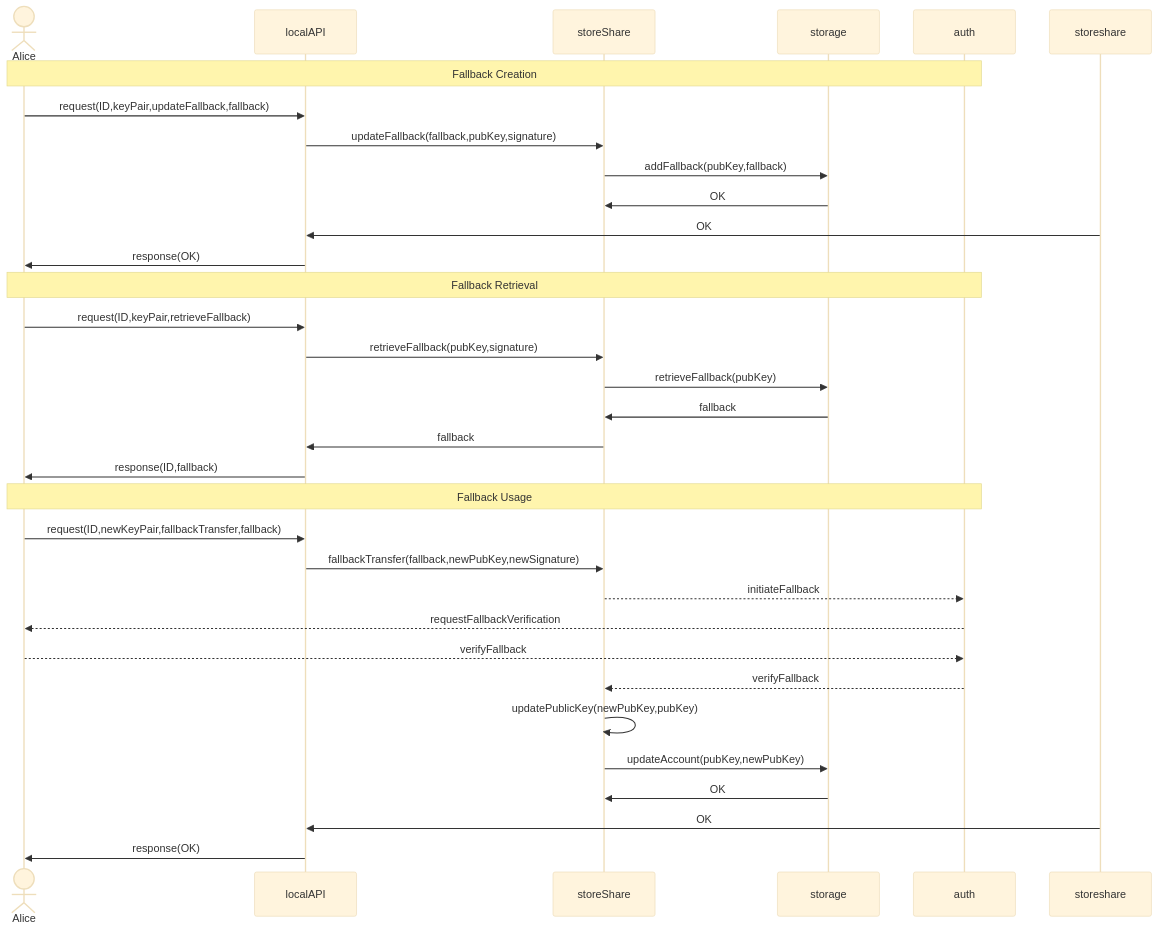
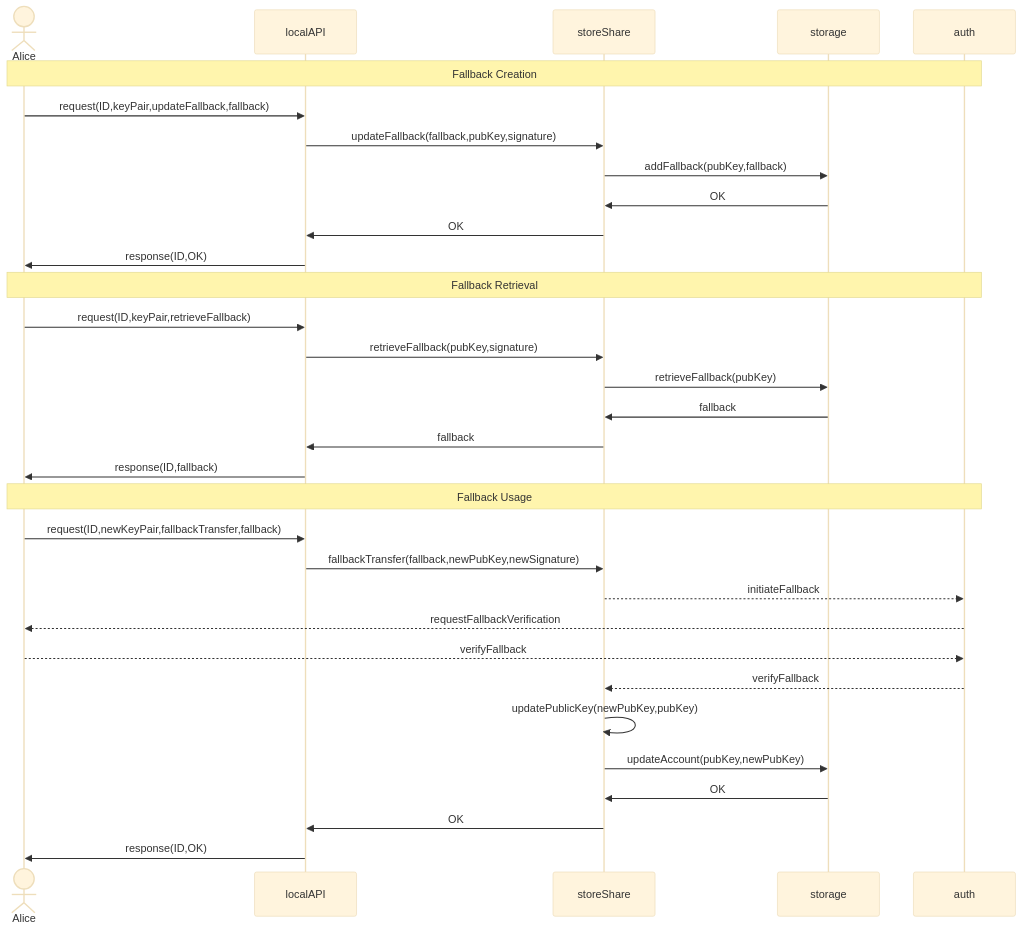
Before and after one commit to BlockchainCommons/Gordian: the second of 5 diagrams in Docs/CSR-SequenceDiagram.md, drawn with Mermaid (base theme). The commit also changed other lines of this file, not shown here.

````diff
--- a/Docs/CSR-SequenceDiagram.md
+++ b/Docs/CSR-SequenceDiagram.md
@@ -42,37 +42,37 @@
 ```mermaid
 sequenceDiagram
 actor Alice
 participant localAPI
 participant storeShare
 participant storage
 participant auth
 
 Note over Alice,auth: Fallback Creation
 Alice->>localAPI: request(ID,keyPair,updateFallback,fallback)
 localAPI->>storeShare: updateFallback(fallback,pubKey,signature)
 storeShare->>storage: addFallback(pubKey,fallback)
 storage->>storeShare: OK
-storeshare->>localAPI: OK
-localAPI->>Alice: response(OK)
+storeShare->>localAPI: OK
+localAPI->>Alice: response(ID,OK)
 
 Note over Alice,auth: Fallback Retrieval
 Alice->>localAPI: request(ID,keyPair,retrieveFallback)
 localAPI->>storeShare: retrieveFallback(pubKey,signature)
 storeShare->>storage: retrieveFallback(pubKey)
 storage->>storeShare: fallback
 storeShare->>localAPI: fallback
 localAPI->>Alice: response(ID,fallback)
 
 Note over Alice,auth: Fallback Usage
 Alice->>localAPI: request(ID,newKeyPair,fallbackTransfer,fallback)
 localAPI->>storeShare: fallbackTransfer(fallback,newPubKey,newSignature)
 storeShare-->>auth: initiateFallback
 auth-->>Alice: requestFallbackVerification
 Alice-->>auth: verifyFallback
 auth-->>storeShare: verifyFallback
 storeShare->>storeShare: updatePublicKey(newPubKey,pubKey)
 storeShare->>storage: updateAccount(pubKey,newPubKey)
 storage->>storeShare: OK
-storeshare->>localAPI: OK
-localAPI->>Alice: response(OK)
+storeShare->>localAPI: OK
+localAPI->>Alice: response(ID,OK)
 ```
````
